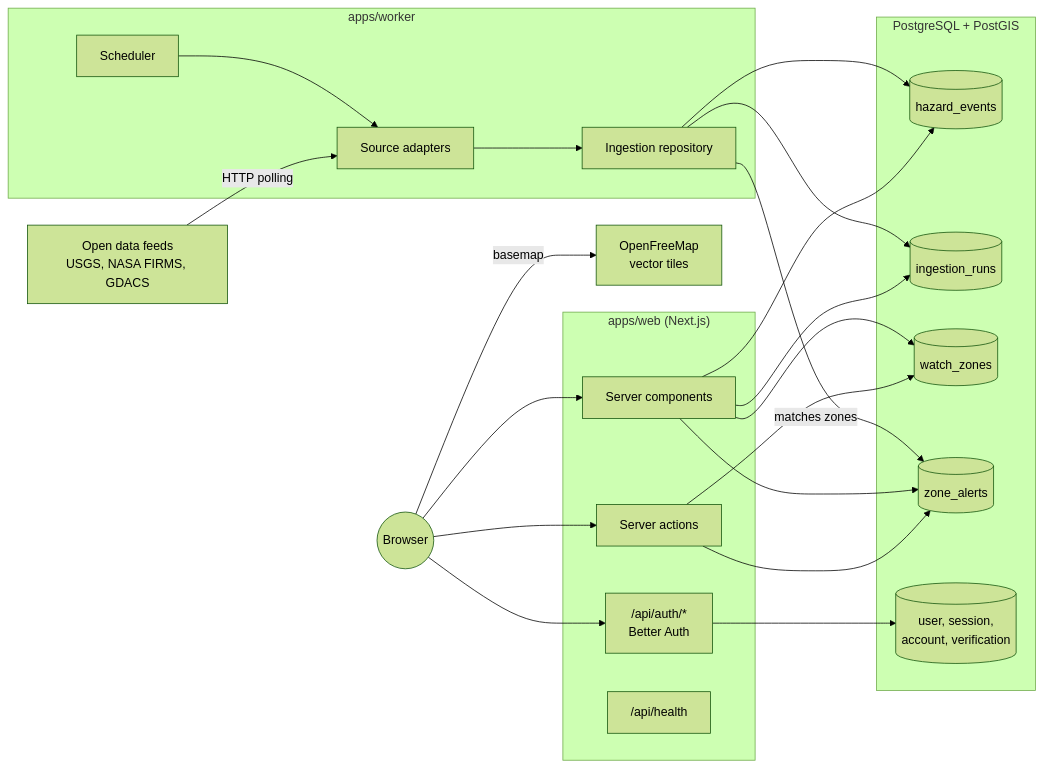
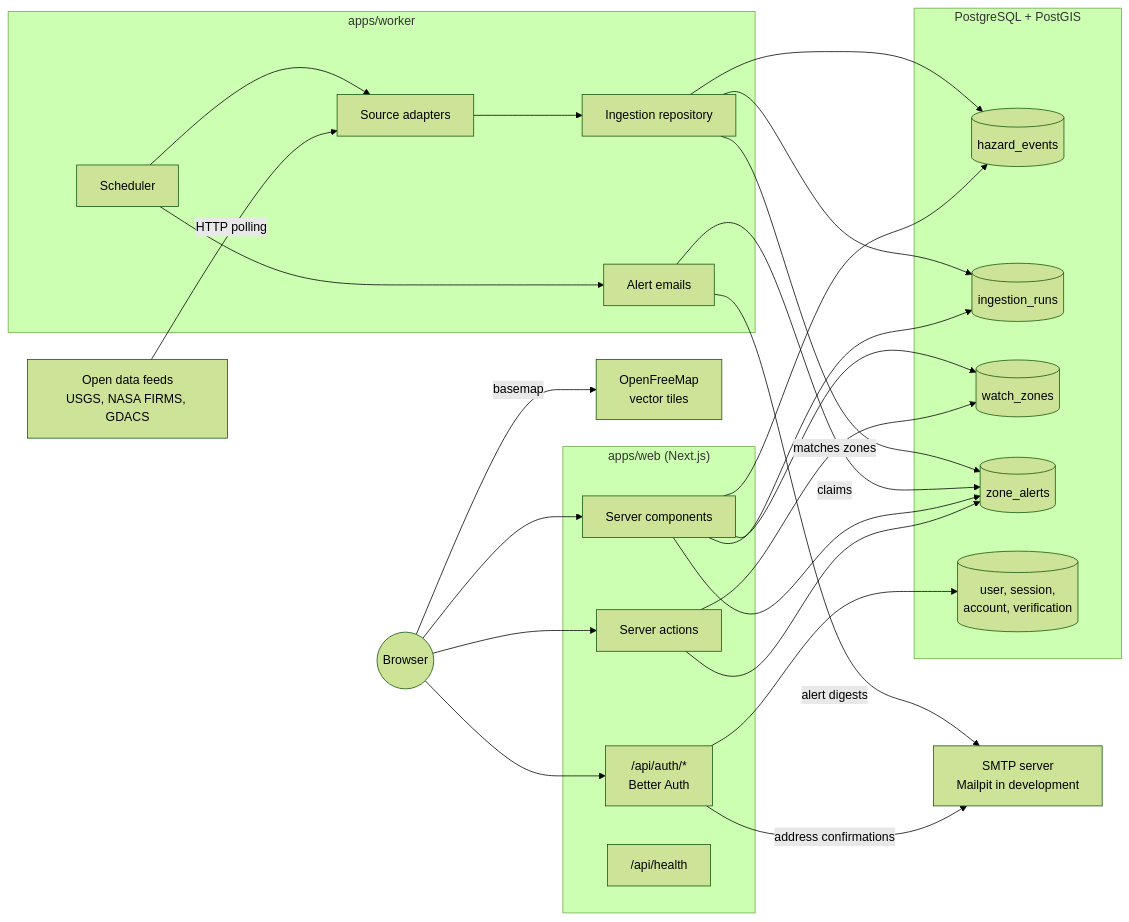
The first of 2 diagrams in docs/architecture.md (HIRATRA/hazardwatch), drawn with Mermaid (forest theme) before and after one commit. The commit also changed other lines of this file and 3 other files, not shown here.

````diff
--- a/docs/architecture.md
+++ b/docs/architecture.md
@@ -13,42 +13,47 @@
 ```mermaid
 flowchart LR
     feeds["Open data feeds<br/>USGS, NASA FIRMS, GDACS"]
     browser(("Browser"))
     tiles["OpenFreeMap<br/>vector tiles"]
+    smtp["SMTP server<br/>Mailpit in development"]
 
     subgraph worker ["apps/worker"]
         scheduler["Scheduler"] --> adapters["Source adapters"]
         adapters --> repository["Ingestion repository"]
+        scheduler --> notifier["Alert emails"]
     end
 
     subgraph web ["apps/web (Next.js)"]
         pages["Server components"]
         actions["Server actions"]
         authApi["/api/auth/*<br/>Better Auth"]
         health["/api/health"]
     end
 
     subgraph database ["PostgreSQL + PostGIS"]
         events[("hazard_events")]
         runs[("ingestion_runs")]
         zones[("watch_zones")]
         alerts[("zone_alerts")]
         authTables[("user, session,<br/>account, verification")]
     end
 
     feeds -- "HTTP polling" --> adapters
     repository --> events
     repository --> runs
     repository -- "matches zones" --> alerts
+    notifier -- "claims" --> alerts
+    notifier -- "alert digests" --> smtp
     browser --> pages
     browser --> actions
     browser --> authApi
     browser -- "basemap" --> tiles
     pages --> events
     pages --> runs
     pages --> zones
     pages --> alerts
     actions --> zones
     actions --> alerts
     authApi --> authTables
+    authApi -- "address confirmations" --> smtp
 ```
````
